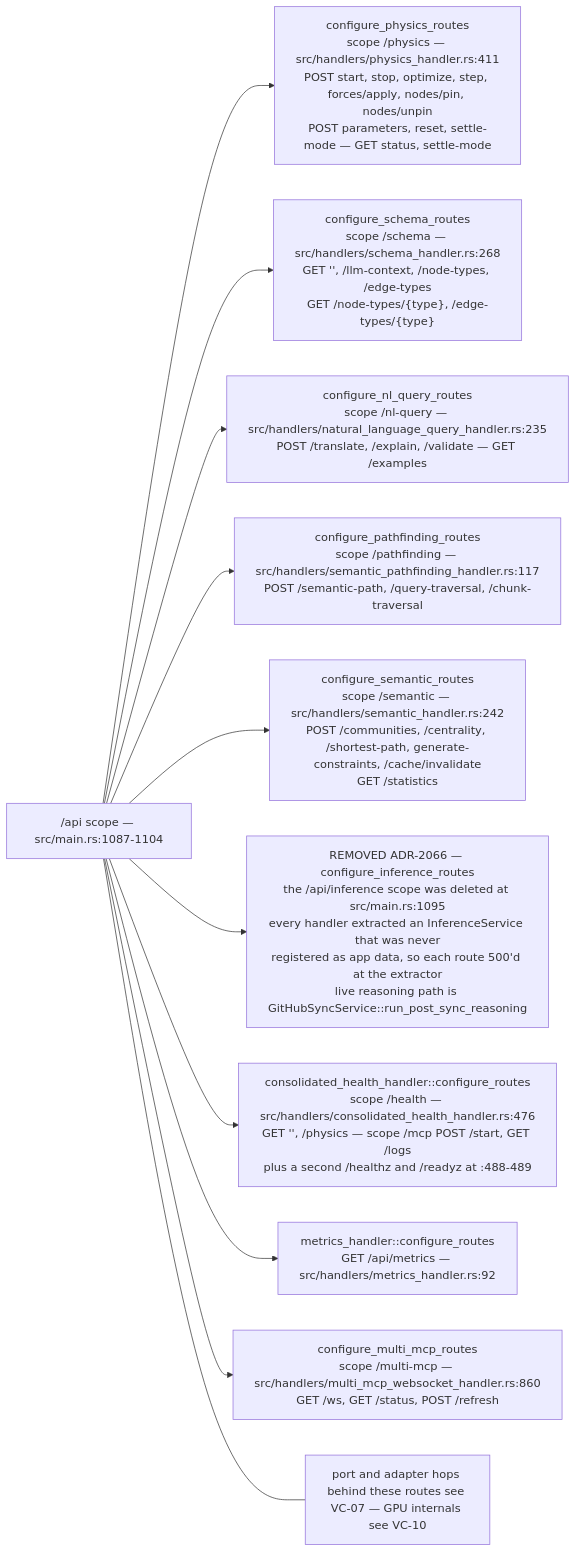
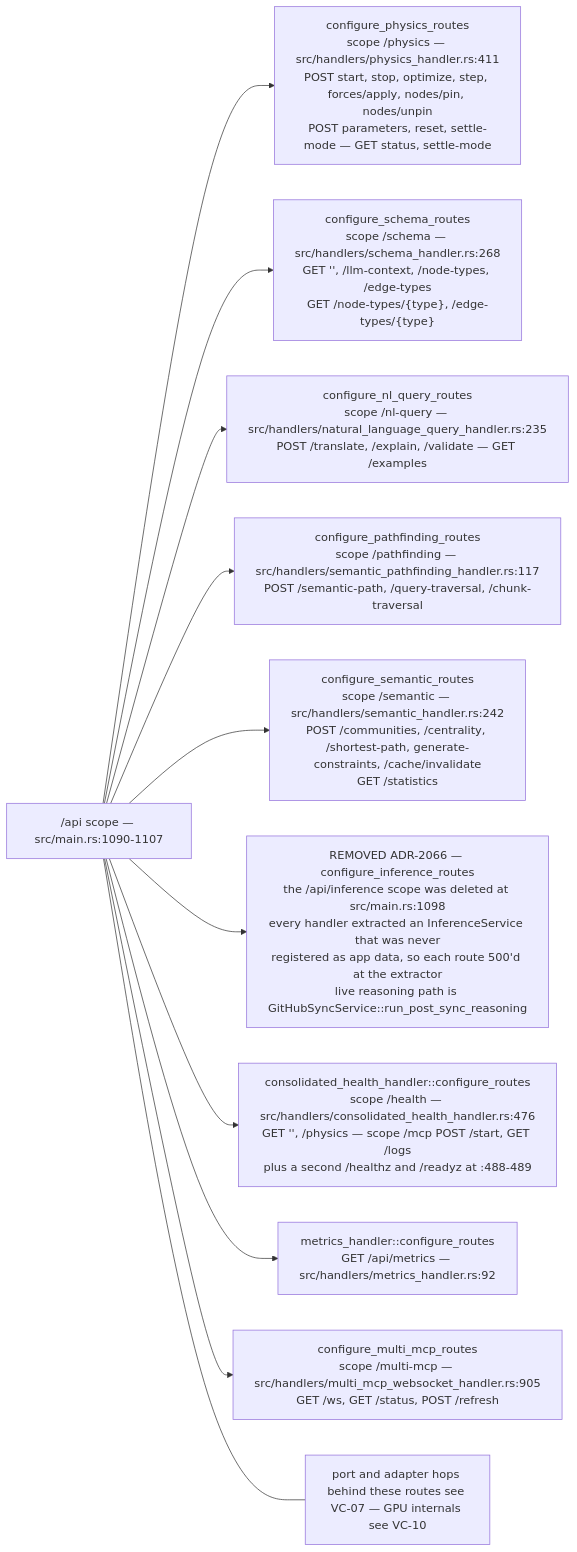
Diagram 12 of 14 in docs/diagrams/visionclaw/01-boot-and-app-state.md (DreamLab-AI/AR-AI-Knowledge-Graph), drawn with Mermaid before and after one commit. The commit also changed other lines of this file and 73 other files, not shown here.

First line of the commit message:
docs(diagrams): re-verify all 71 topic files against HEAD; add --cite-check

````diff
--- a/docs/diagrams/visionclaw/01-boot-and-app-state.md
+++ b/docs/diagrams/visionclaw/01-boot-and-app-state.md
@@ -450,15 +450,15 @@
 ```mermaid
 flowchart LR
-    S["/api scope — src/main.rs:1087-1104"]
+    S["/api scope — src/main.rs:1090-1107"]
     S --> P["configure_physics_routes<br/>scope /physics — src/handlers/physics_handler.rs:411<br/>POST start, stop, optimize, step, forces/apply, nodes/pin, nodes/unpin<br/>POST parameters, reset, settle-mode — GET status, settle-mode"]
     S --> SC["configure_schema_routes<br/>scope /schema — src/handlers/schema_handler.rs:268<br/>GET '', /llm-context, /node-types, /edge-types<br/>GET /node-types/{type}, /edge-types/{type}"]
     S --> NL["configure_nl_query_routes<br/>scope /nl-query — src/handlers/natural_language_query_handler.rs:235<br/>POST /translate, /explain, /validate — GET /examples"]
     S --> PF["configure_pathfinding_routes<br/>scope /pathfinding — src/handlers/semantic_pathfinding_handler.rs:117<br/>POST /semantic-path, /query-traversal, /chunk-traversal"]
     S --> SM["configure_semantic_routes<br/>scope /semantic — src/handlers/semantic_handler.rs:242<br/>POST /communities, /centrality, /shortest-path, generate-constraints, /cache/invalidate<br/>GET /statistics"]
-    S --> IN["REMOVED ADR-2066 — configure_inference_routes<br/>the /api/inference scope was deleted at src/main.rs:1095<br/>every handler extracted an InferenceService that was never<br/>registered as app data, so each route 500'd at the extractor<br/>live reasoning path is GitHubSyncService::run_post_sync_reasoning"]
+    S --> IN["REMOVED ADR-2066 — configure_inference_routes<br/>the /api/inference scope was deleted at src/main.rs:1098<br/>every handler extracted an InferenceService that was never<br/>registered as app data, so each route 500'd at the extractor<br/>live reasoning path is GitHubSyncService::run_post_sync_reasoning"]
     S --> HE["consolidated_health_handler::configure_routes<br/>scope /health — src/handlers/consolidated_health_handler.rs:476<br/>GET '', /physics — scope /mcp POST /start, GET /logs<br/>plus a second /healthz and /readyz at :488-489"]
     S --> ME["metrics_handler::configure_routes<br/>GET /api/metrics — src/handlers/metrics_handler.rs:92"]
-    S --> MM["configure_multi_mcp_routes<br/>scope /multi-mcp — src/handlers/multi_mcp_websocket_handler.rs:860<br/>GET /ws, GET /status, POST /refresh"]
+    S --> MM["configure_multi_mcp_routes<br/>scope /multi-mcp — src/handlers/multi_mcp_websocket_handler.rs:905<br/>GET /ws, GET /status, POST /refresh"]
     N["port and adapter hops behind these routes see VC-07 — GPU internals see VC-10"]
     S --- N
 ```
````
